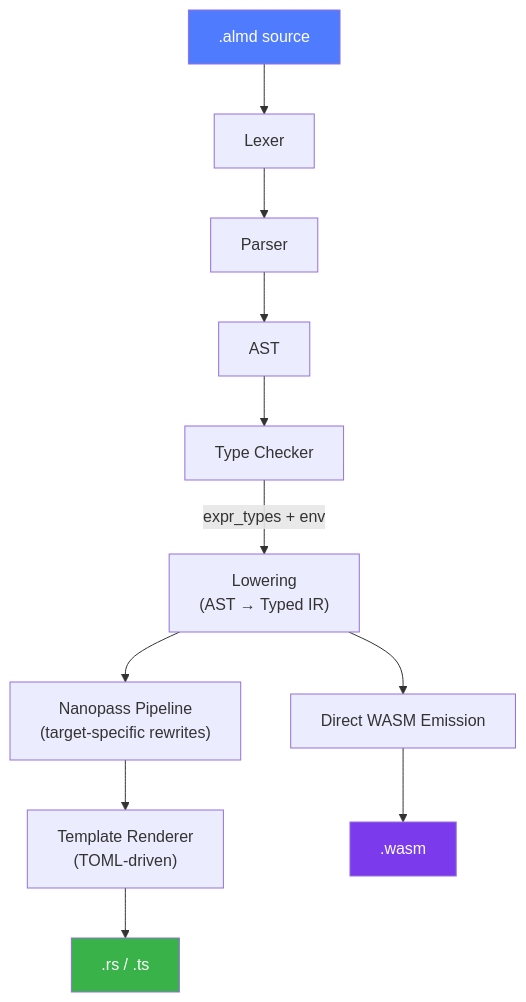
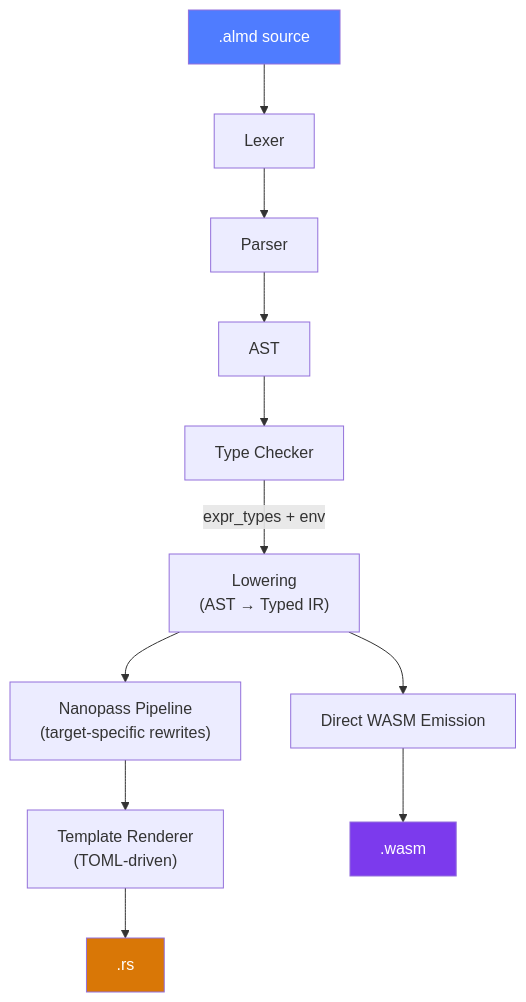
Before and after one commit to almide/docs: the second of 3 diagrams in src/content/docs/design/architecture.mdx, drawn with Mermaid. The commit also changed other lines of this file and 11 other files, not shown here.

Commit message:
Update docs for v0.13.1: add self-update, fix stdlib pages, rewrite architecture, add sidebar modules

````diff
--- a/src/content/docs/design/architecture.mdx
+++ b/src/content/docs/design/architecture.mdx
@@ -51,17 +45,17 @@
 ```mermaid
 graph TD
   SRC[".almd source"] --> LEX["Lexer"]
   LEX --> PAR["Parser"]
   PAR --> AST["AST"]
   AST --> CHK["Type Checker"]
   CHK -->|"expr_types + env"| LOW["Lowering\n(AST → Typed IR)"]
   LOW --> NP["Nanopass Pipeline\n(target-specific rewrites)"]
   LOW --> WD["Direct WASM Emission"]
   NP --> TR["Template Renderer\n(TOML-driven)"]
-  TR --> OUT[".rs / .ts"]
+  TR --> OUT[".rs"]
   WD --> WOUT[".wasm"]
 
   style SRC fill:#4f7cff,color:#fff
-  style OUT fill:#38b249,color:#fff
+  style OUT fill:#d97706,color:#fff
   style WOUT fill:#7c3aed,color:#fff
 ```
````
